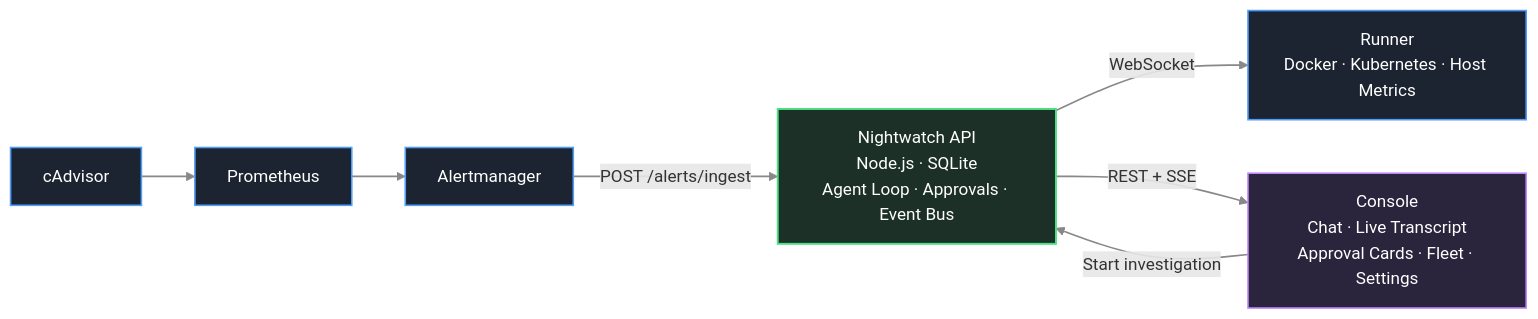
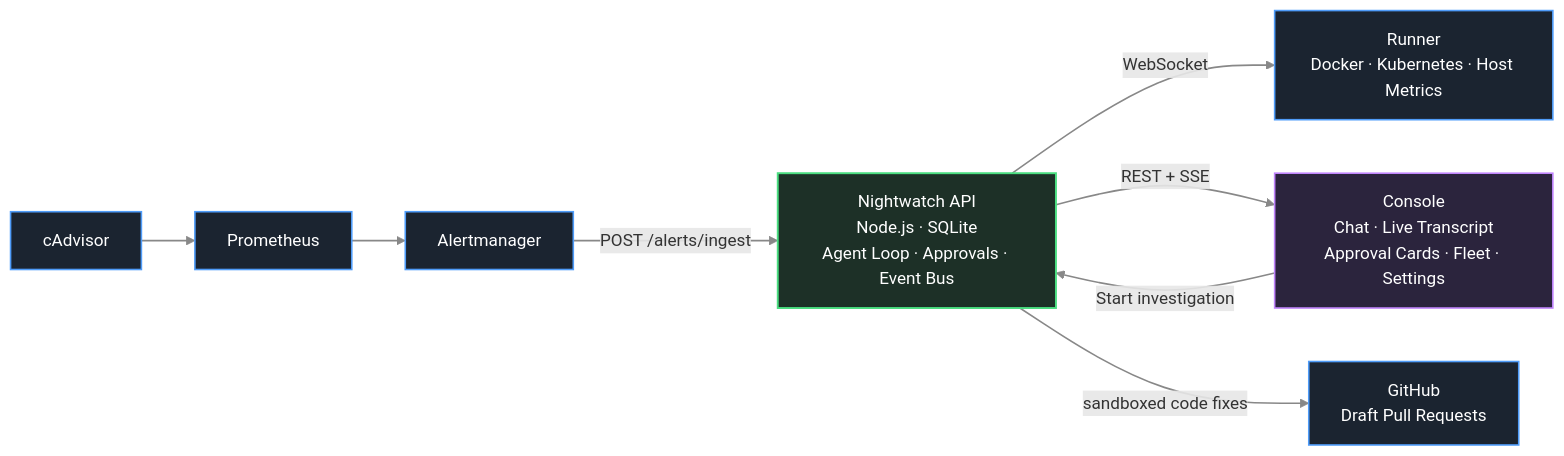
The diagram in README.md (PrabhatMattoo/NightWarden), drawn with Mermaid before and after one commit. The commit also changed other lines of this file, not shown here.

First line of the commit message:
docs(readme): align the README with the shipped GitHub integration

````diff
--- a/README.md
+++ b/README.md
@@ -19,33 +19,37 @@
 ```mermaid
 flowchart LR
 
 %% Infrastructure
 cadvisor["cAdvisor"]
 prometheus["Prometheus"]
 alertmanager["Alertmanager"]
 runner["Runner<br/>Docker · Kubernetes · Host Metrics"]
 
 %% Brain
 api["Nightwatch API<br/>Node.js · SQLite<br/>Agent Loop · Approvals · Event Bus"]
 
 %% UI
 console["Console<br/>Chat · Live Transcript<br/>Approval Cards · Fleet · Settings"]
 
+%% Code
+github["GitHub<br/>Draft Pull Requests"]
+
 cadvisor --> prometheus
 prometheus --> alertmanager
 
 alertmanager -- POST /alerts/ingest --> api
 console -- Start investigation --> api
 api -- WebSocket --> runner
 api -- REST + SSE --> console
+api -- sandboxed code fixes --> github
 
 classDef infra fill:#1b2430,stroke:#4f9cf9,color:#fff,stroke-width:1.5;
 classDef api fill:#1d3027,stroke:#4ade80,color:#fff,stroke-width:1.8;
 classDef ui fill:#2b243d,stroke:#c084fc,color:#fff,stroke-width:1.5;
 
-class cadvisor,prometheus,alertmanager,runner infra;
+class cadvisor,prometheus,alertmanager,runner,github infra;
 class api api;
 class console ui;
 
 linkStyle default stroke:#888,stroke-width:1.5;
 ```
````
